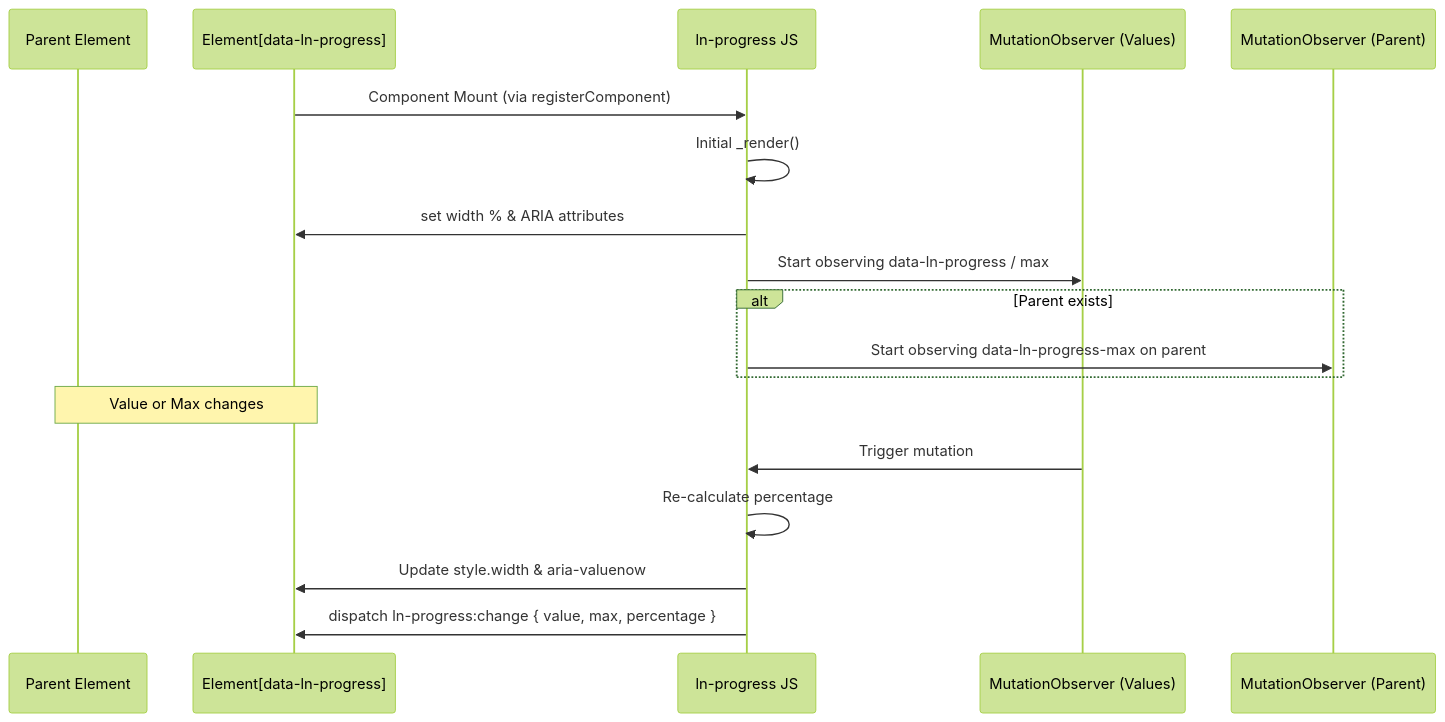
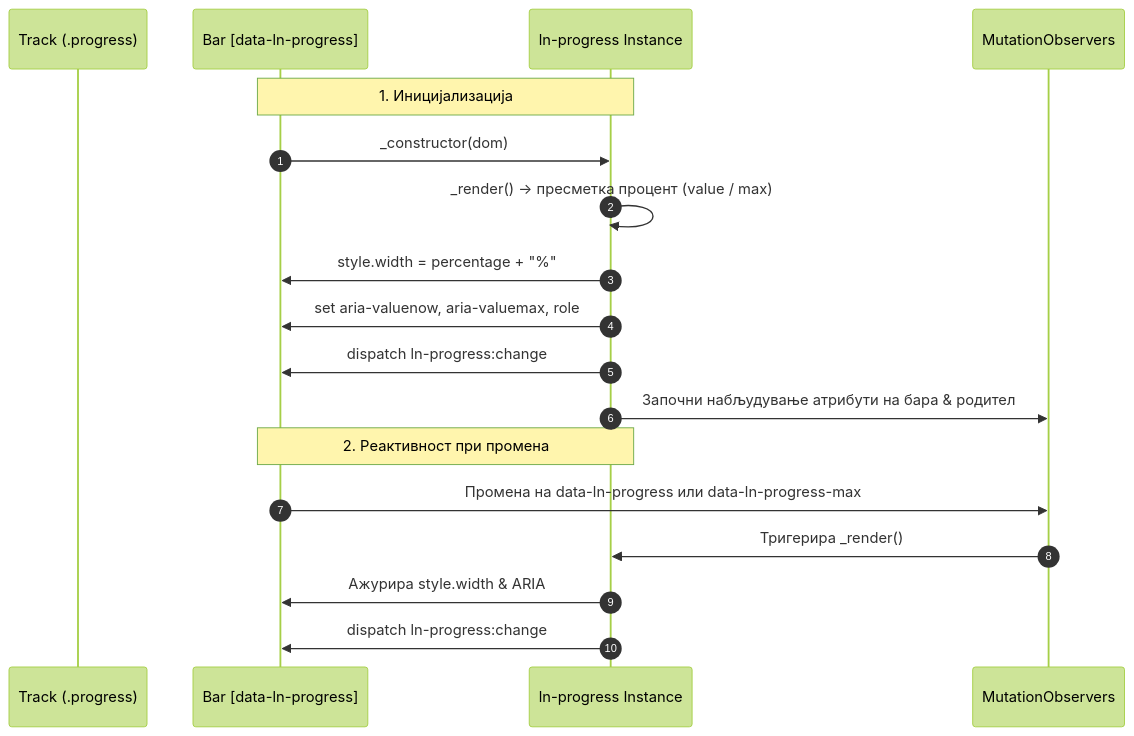
The diagram in architecture_docs_draft/components/ln-progress.md (livenetworks/ln-ashlar), drawn with Mermaid (forest theme) before and after one commit. The commit also changed other lines of this file and 15 other files, not shown here.

````diff
--- a/architecture_docs_draft/components/ln-progress.md
+++ b/architecture_docs_draft/components/ln-progress.md
@@ -87,23 +110,22 @@
 ```mermaid
 sequenceDiagram
-    participant Parent as Parent Element
-    participant DOM as Element[data-ln-progress]
-    participant Progress as ln-progress JS
-    participant ValueObserver as MutationObserver (Values)
-    participant ParentObserver as MutationObserver (Parent)
+    autonumber
+    participant Parent as Track (.progress)
+    participant DOM as Bar [data-ln-progress]
+    participant JS as ln-progress Instance
+    participant Obs as MutationObservers
 
-    DOM->>Progress: Component Mount (via registerComponent)
-    Progress->>Progress: Initial _render()
-    Progress->>DOM: set width % & ARIA attributes
-    Progress->>ValueObserver: Start observing data-ln-progress / max
-    
-    alt Parent exists
-        Progress->>ParentObserver: Start observing data-ln-progress-max on parent
-    end
+    Note over DOM, JS: 1. Иницијализација
+    DOM->>JS: _constructor(dom)
+    JS->>JS: _render() -> пресметка процент (value / max)
+    JS->>DOM: style.width = percentage + "%"
+    JS->>DOM: set aria-valuenow, aria-valuemax, role
+    JS->>DOM: dispatch ln-progress:change
+    JS->>Obs: Започни набљудување атрибути на бара & родител
 
-    Note over DOM, Parent: Value or Max changes
-    ValueObserver->>Progress: Trigger mutation
-    Progress->>Progress: Re-calculate percentage
-    Progress->>DOM: Update style.width & aria-valuenow
-    Progress->>DOM: dispatch ln-progress:change { value, max, percentage }
+    Note over DOM, JS: 2. Реактивност при промена
+    DOM->>Obs: Промена на data-ln-progress или data-ln-progress-max
+    Obs->>JS: Тригерира _render()
+    JS->>DOM: Ажурира style.width & ARIA
+    JS->>DOM: dispatch ln-progress:change
 ```
````
